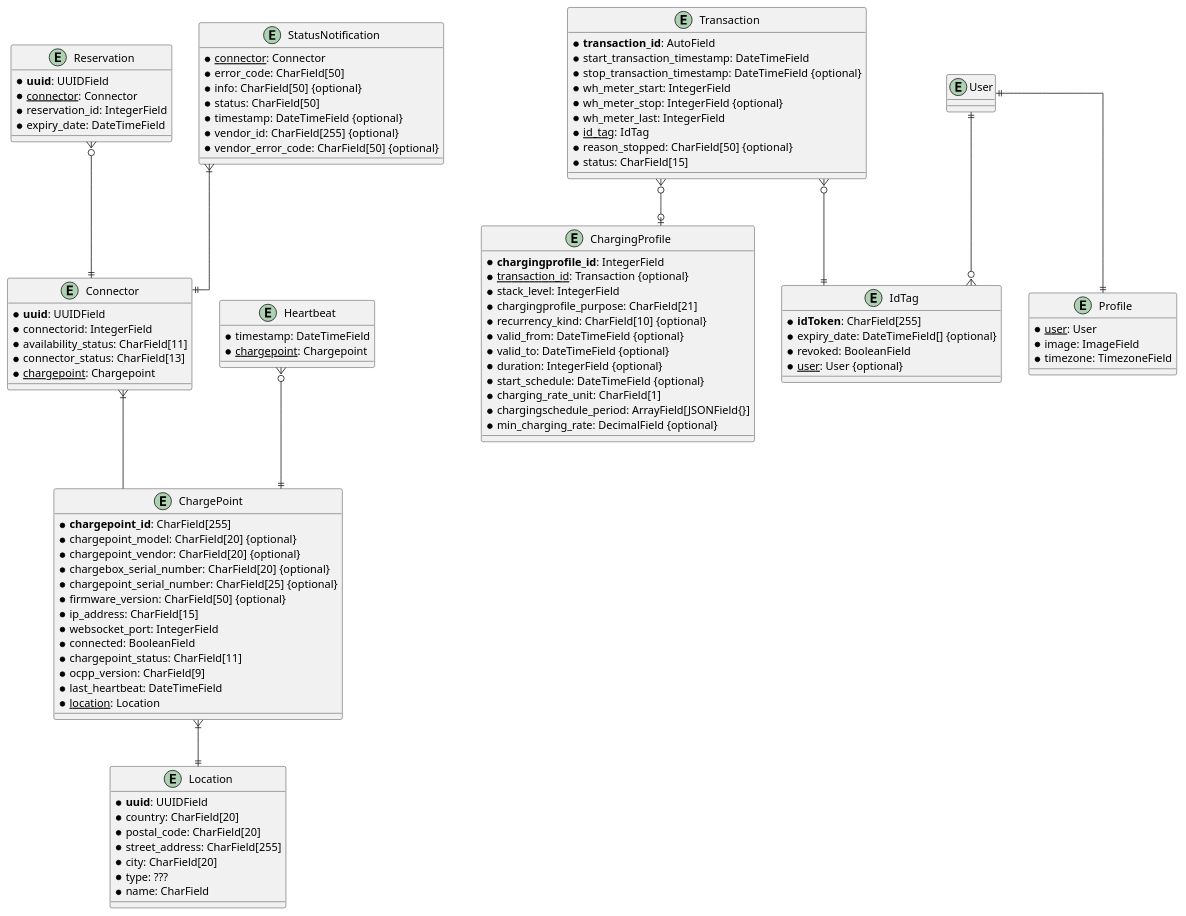
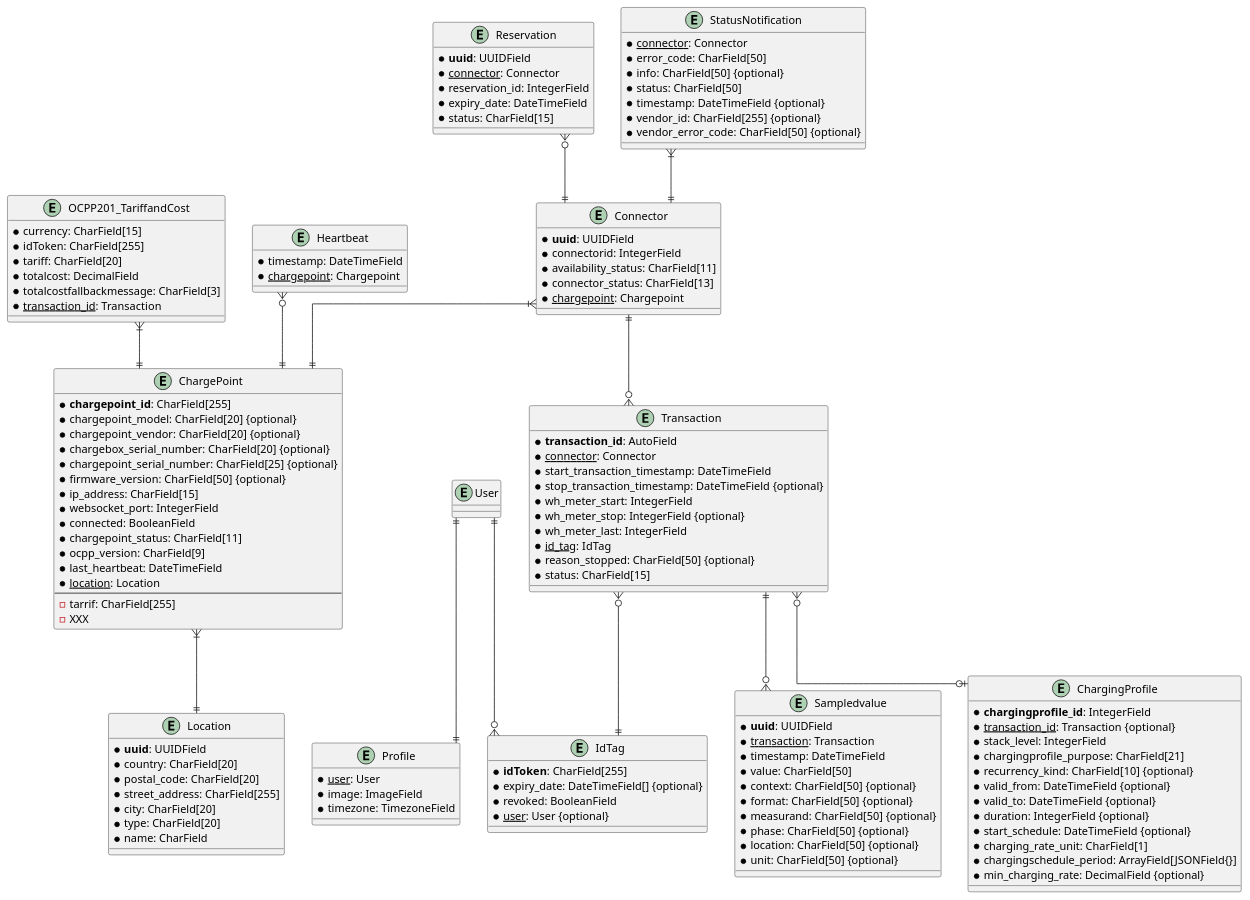
The diagram in docs/er.md (EV4EU/ov2xmp), drawn with PlantUML before and after one commit. The commit also changed 24 other files, not shown here.

````diff
--- a/docs/er.md
+++ b/docs/er.md
@@ -22,6 +22,9 @@
     * ocpp_version: CharField[9]
     * last_heartbeat: DateTimeField
     * <u>location</u>: Location
+    ---
+    - tarrif: CharField[255]
+    - XXX 
 }
 
 entity "ChargingProfile" as chargingprofile {
@@ -64,6 +67,7 @@
     * <u>connector</u>: Connector
     * reservation_id: IntegerField
     * expiry_date: DateTimeField
+    * status: CharField[15]
 }
 
 entity "StatusNotification" as statusnotification {
@@ -78,6 +82,7 @@
 
 entity "Transaction" as transaction {
     * **transaction_id**: AutoField
+    * <u>connector</u>: Connector
     * start_transaction_timestamp: DateTimeField
     * stop_transaction_timestamp: DateTimeField {optional}
     * wh_meter_start: IntegerField
@@ -104,25 +109,50 @@
     * postal_code: CharField[20]
     * street_address: CharField[255]
     * city: CharField[20]
-    * type: ???
+    * type: CharField[20]
     * name: CharField
 }
 
+entity "Sampledvalue" as sampledvalue {
+    * **uuid**: UUIDField
+    * <u>transaction</u>: Transaction
+    * timestamp: DateTimeField
+    * value: CharField[50]
+    * context: CharField[50] {optional}
+    * format: CharField[50] {optional}
+    * measurand: CharField[50] {optional}
+    * phase: CharField[50] {optional}
+    * location: CharField[50] {optional}
+    * unit: CharField[50] {optional}
+}
+
+entity "OCPP201_TariffandCost" as ocpp201_TarrifandCost {
+    * currency: CharField[15]
+    * idToken: CharField[255]
+    * tariff: CharField[20]
+    * totalcost: DecimalField
+    * totalcostfallbackmessage: CharField[3]
+    * <u>transaction_id</u>: Transaction
+}
+
 chargepoint }|--|| location
-connector }|-- chargepoint
+connector }|--|| chargepoint
+connector ||--o{ transaction
 
 user ||--o{ idtag
 user ||--|| profile
 
 transaction }o--|| idtag
+transaction }o--o| chargingprofile
+transaction ||--o{ sampledvalue
 
 heartbeat }o--|| chargepoint
-
+statusnotification }|--|| connector
 reservation }o--|| connector
 
-transaction }o--o| chargingprofile
 
-statusnotification }|--|| connector
+ocpp201_TarrifandCost }|--|| chargepoint
+
 
 @enduml
 ```
````
